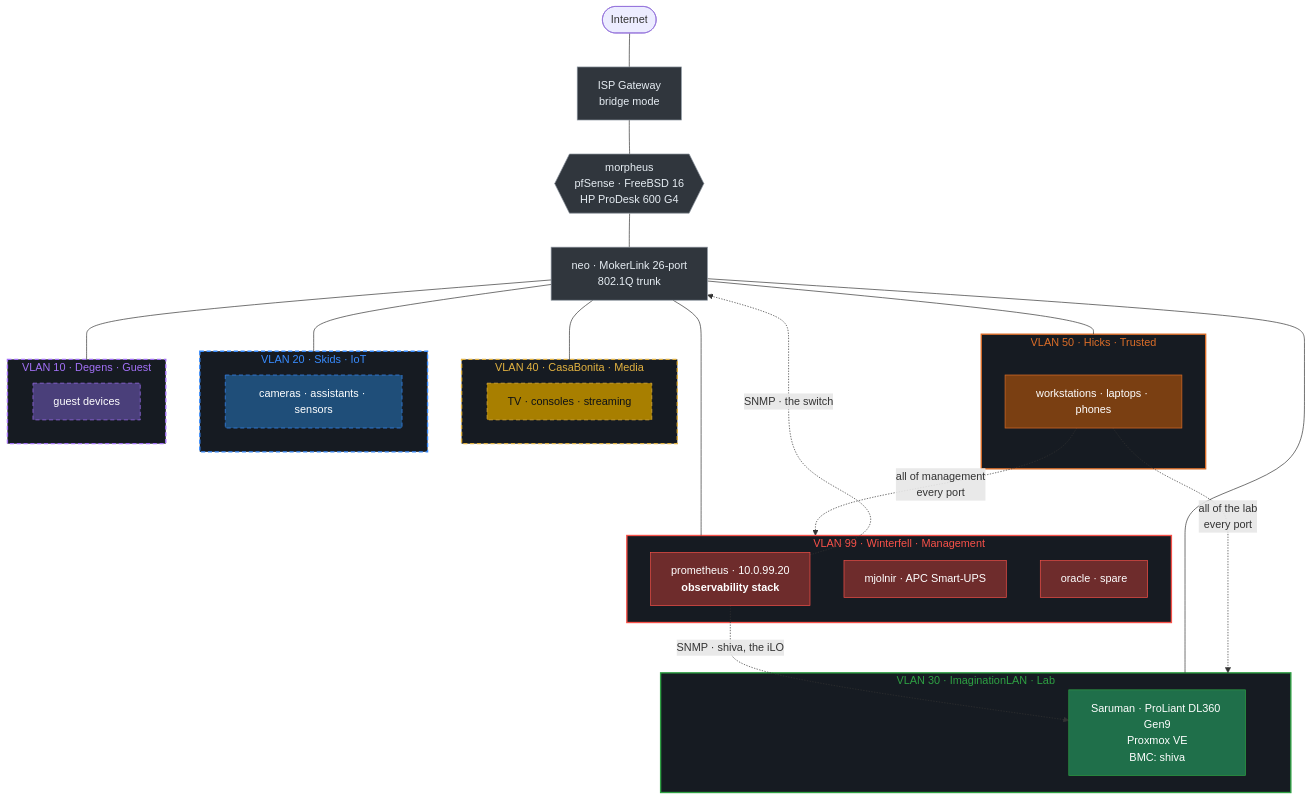
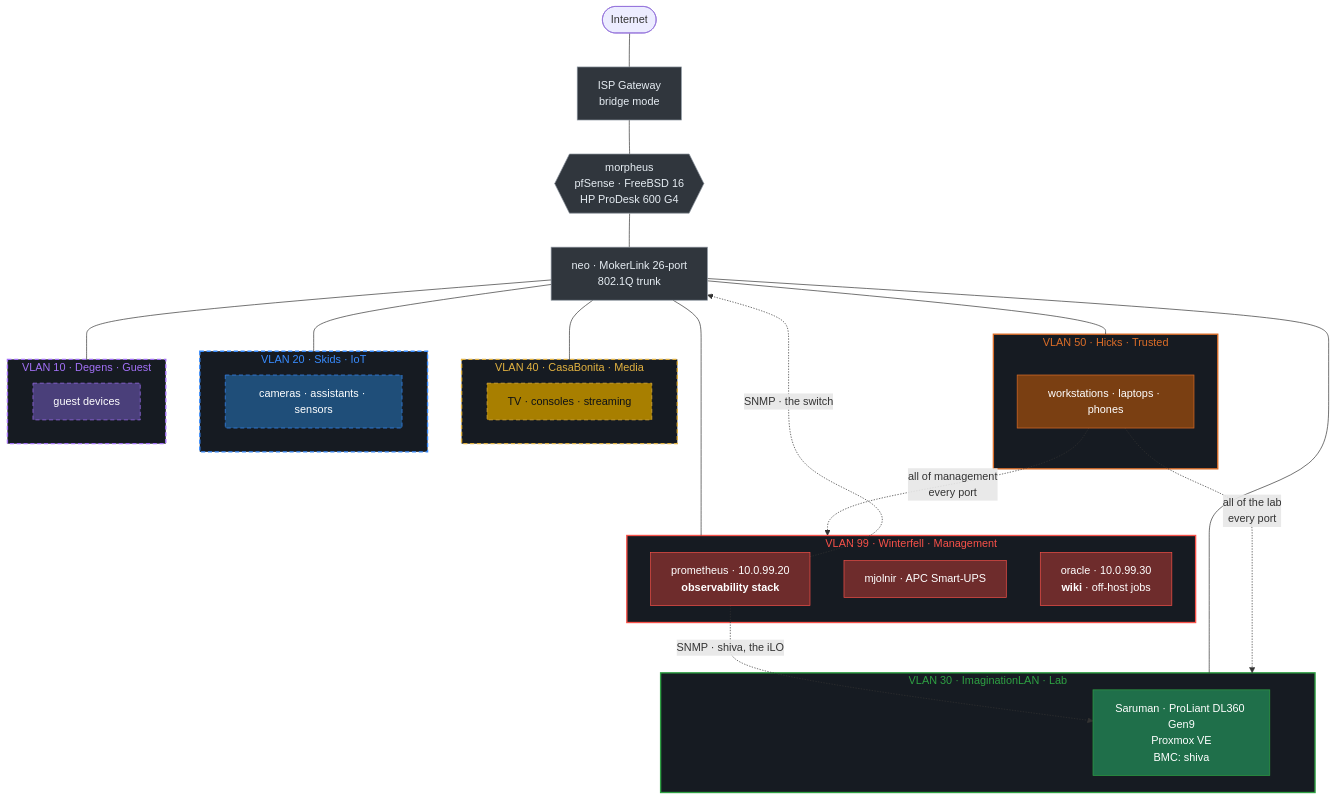
One commit to Gerrrt/HomeLab changed the first of 2 diagrams in docs/architecture.md. Above: the diagram before and after it, drawn with Mermaid.

Commit message:
docs(architecture): the diagram still called oracle a spare (#161)
The prose table at architecture.md:186 has recorded oracle as running the
Lemmiwinks wiki and the off-host jobs since 896da41, which fixed it while
doing something else. The Mermaid node three lines from the top of the same
file still read `oracle · spare`, so the document contradicted itself about
the same host — a smaller copy of the contradiction #161 was filed about,
inside one file instead of across three.

The node id went with the label. `SPARE` reads as a role, not an identifier,
and leaving it would have left the next person grepping for a spare that is
not one. It is `WIKI` now, and the label carries the address and the primary
role the way the `prometheus` node beside it already does.

ADR-0008's "long earmarked as the spare" is deliberately untouched: it is
past tense, it is the discovered fact that shaped that decision, and an ADR
records what was believed when it was written.

````diff
--- a/docs/architecture.md
+++ b/docs/architecture.md
@@ -11,78 +11,78 @@
 ```mermaid
 graph TB
     INET([Internet])
     GW[ISP Gateway<br/>bridge mode]
     FW{{"morpheus<br/>pfSense · FreeBSD 16<br/>HP ProDesk 600 G4"}}
     SW[neo · MokerLink 26-port<br/>802.1Q trunk]
 
     INET --- GW --- FW --- SW
 
     subgraph V99["VLAN 99 · Winterfell · Management"]
         MON["prometheus · 10.0.99.20<br/><b>observability stack</b>"]
         UPS["mjolnir · APC Smart-UPS"]
-        SPARE["oracle · spare"]
+        WIKI["oracle · 10.0.99.30<br/><b>wiki</b> · off-host jobs"]
     end
 
     subgraph V50["VLAN 50 · Hicks · Trusted"]
         WS["workstations · laptops · phones"]
     end
 
     subgraph V40["VLAN 40 · CasaBonita · Media"]
         TV["TV · consoles · streaming"]
     end
 
     subgraph V30["VLAN 30 · ImaginationLAN · Lab"]
         HV["Saruman · ProLiant DL360 Gen9<br/>Proxmox VE<br/>BMC: shiva"]
     end
 
     subgraph V20["VLAN 20 · Skids · IoT"]
         IOT["cameras · assistants · sensors"]
     end
 
     subgraph V10["VLAN 10 · Degens · Guest"]
         GUEST["guest devices"]
     end
 
     SW --- V99
     SW --- V50
     SW --- V40
     SW --- V30
     SW --- V20
     SW --- V10
 
     WS -.->|"all of management<br/>every port"| V99
     WS -.->|"all of the lab<br/>every port"| V30
     MON -.->|"SNMP · shiva, the iLO"| HV
     MON -.->|"SNMP · the switch"| SW
 
     %% Fill is the patch-cable colour in the rack — see network.md, ADR-0009.
     %% A dashed border marks a terminal segment: traffic goes out, nothing
     %% comes back in. Grey is not a segment; it carries every VLAN.
     %% stroke-dasharray must be last on its line and space-separated — a comma
     %% is the property delimiter and would truncate the value.
     classDef vlan99 fill:#6e2c2c,stroke:#f85149,color:#fff
     classDef vlan50 fill:#7a3f12,stroke:#db6d28,color:#fff
     classDef vlan30 fill:#1f6f4a,stroke:#2ea043,color:#fff
     classDef infra  fill:#30363d,stroke:#8b949e,color:#e6edf3
     classDef vlan40 fill:#a87f00,stroke:#e3b341,color:#0d1117,stroke-dasharray: 6 4
     classDef vlan20 fill:#1f4e79,stroke:#388bfd,color:#fff,stroke-dasharray: 6 4
     classDef vlan10 fill:#4a3f7a,stroke:#a371f7,color:#fff,stroke-dasharray: 6 4
 
-    class MON,UPS,SPARE vlan99
+    class MON,UPS,WIKI vlan99
     class WS vlan50
     class HV vlan30
     class TV vlan40
     class IOT vlan20
     class GUEST vlan10
     class GW,FW,SW infra
 
     %% classDef is unreliable on subgraphs (mermaid-js/mermaid#1726), so the
     %% clusters are styled explicitly and the dash is applied to their inner
     %% nodes as well — the cue survives either way.
     style V99 fill:#161b22,stroke:#f85149,stroke-width:2px,color:#f85149
     style V50 fill:#161b22,stroke:#db6d28,stroke-width:2px,color:#db6d28
     style V30 fill:#161b22,stroke:#2ea043,stroke-width:2px,color:#2ea043
     style V40 fill:#161b22,stroke:#e3b341,stroke-width:2px,color:#e3b341,stroke-dasharray: 6 4
     style V20 fill:#161b22,stroke:#388bfd,stroke-width:2px,color:#388bfd,stroke-dasharray: 6 4
     style V10 fill:#161b22,stroke:#a371f7,stroke-width:2px,color:#a371f7,stroke-dasharray: 6 4
 ```
````
